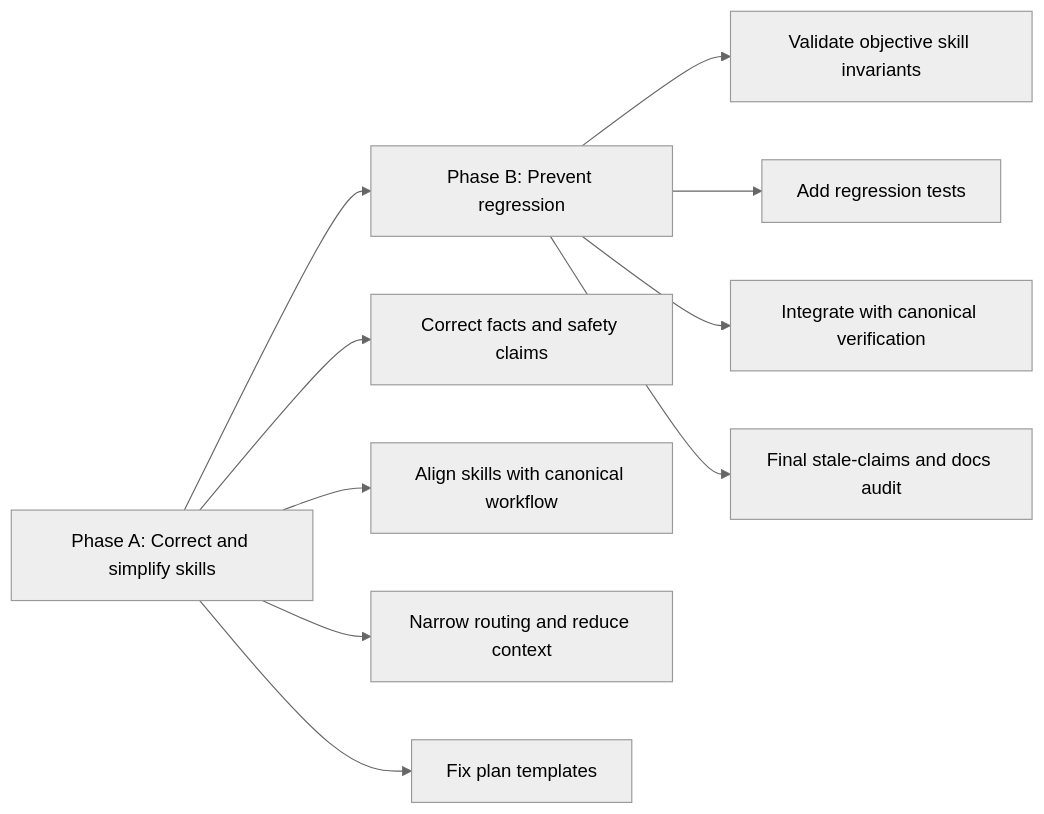
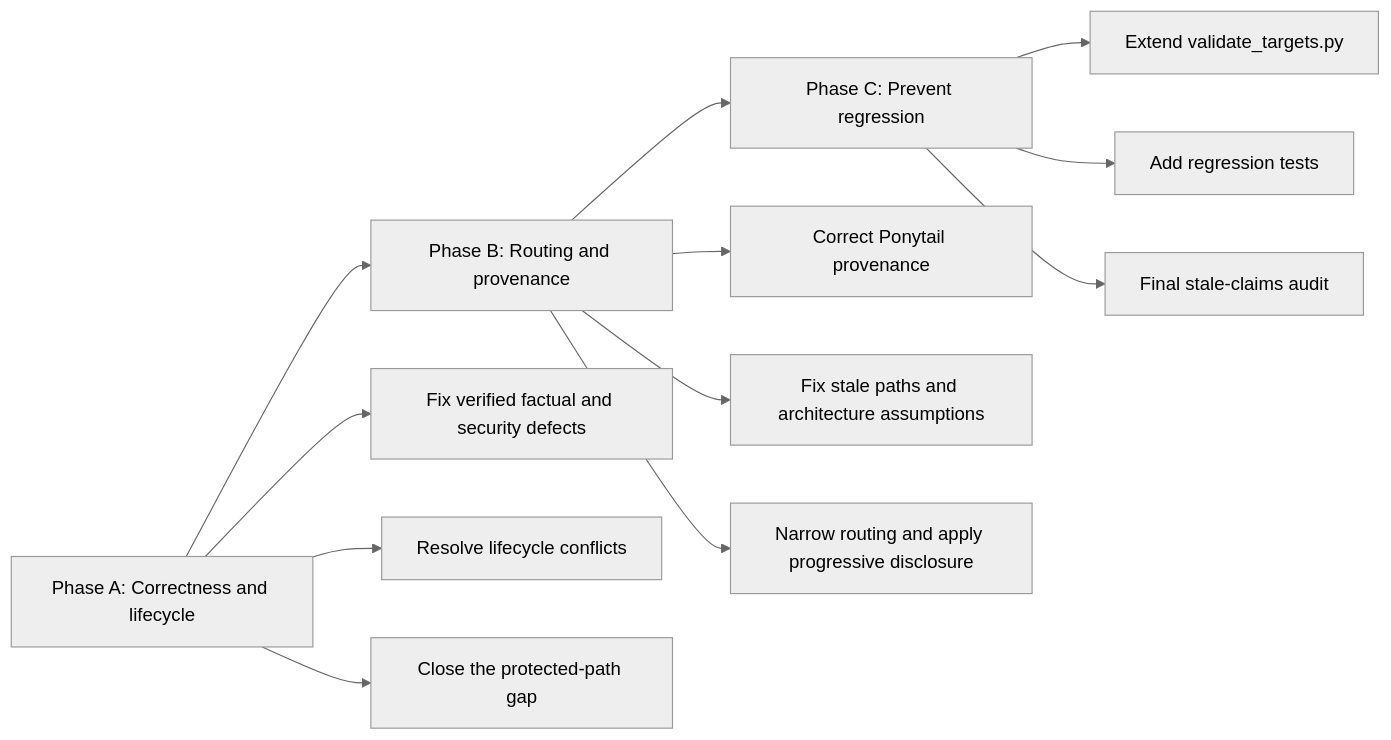
Before and after one commit to Ghisso/github_copilot_bootstrap: the diagram in plans/2026-09-12_skill-library-hardening.md, drawn with Mermaid (neutral theme). The commit also changed other lines of this file and 6 other files, not shown here.

````diff
--- a/plans/2026-09-12_skill-library-hardening.md
+++ b/plans/2026-09-12_skill-library-hardening.md
@@ -45,12 +84,14 @@
 ```mermaid
 flowchart LR
-    A[Phase A: Correct and simplify skills] --> B[Phase B: Prevent regression]
-    A --> A1[Correct facts and safety claims]
-    A --> A2[Align skills with canonical workflow]
-    A --> A3[Narrow routing and reduce context]
-    A --> A4[Fix plan templates]
-    B --> B1[Validate objective skill invariants]
-    B --> B2[Add regression tests]
-    B --> B3[Integrate with canonical verification]
-    B --> B4[Final stale-claims and docs audit]
+    A[Phase A: Correctness and lifecycle] --> B[Phase B: Routing and provenance]
+    B --> C[Phase C: Prevent regression]
+    A --> A1[Fix verified factual and security defects]
+    A --> A2[Resolve lifecycle conflicts]
+    A --> A3[Close the protected-path gap]
+    B --> B1[Correct Ponytail provenance]
+    B --> B2[Fix stale paths and architecture assumptions]
+    B --> B3[Narrow routing and apply progressive disclosure]
+    C --> C1[Extend validate_targets.py]
+    C --> C2[Add regression tests]
+    C --> C3[Final stale-claims audit]
 ```
````
